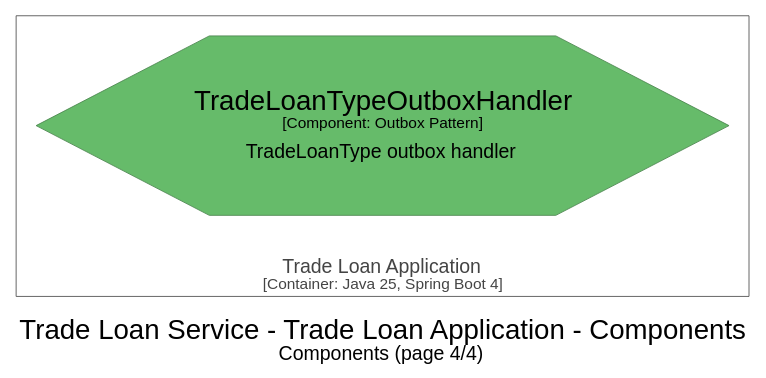
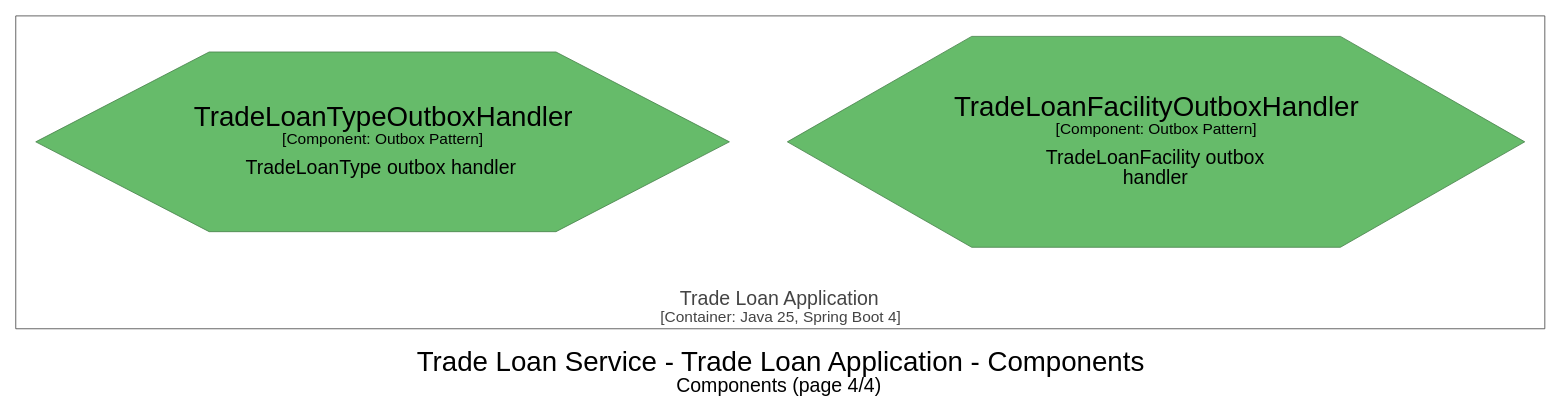
One commit to ghazalehjozani/nova changed the diagram in documents/c4/dot/Components_4.dot. Above: the diagram before and after it, drawn with Graphviz. The commit also changed 59 other files, not shown here.

```diff
--- a/documents/c4/dot/Components_4.dot
+++ b/documents/c4/dot/Components_4.dot
@@ -1,19 +1,20 @@
 digraph {
   compound=true
   graph [fontname="Arial", rankdir=TB, ranksep=1.0, nodesep=1.0]
   node [fontname="Arial", shape=box, margin="0.4,0.3"]
   edge [fontname="Arial"]
   label=<<br /><font point-size="34">Trade Loan Service - Trade Loan Application - Components</font><br /><font point-size="24">Components (page 4/4)</font>>
 
   subgraph cluster_11 {
     margin=25
     label=<<font point-size="24"><br />Trade Loan Application</font><br /><font point-size="19">[Container: Java 25, Spring Boot 4]</font>>
     labelloc=b
     color="#444444"
     fontcolor="#444444"
     fillcolor="#444444"
 
-    140 [id=140,shape=hexagon, label=<<font point-size="34">TradeLoanTypeOutboxHandler</font><br /><font point-size="19">[Component: Outbox Pattern]</font><br /><br /><font point-size="24">TradeLoanType outbox handler</font>>, style=filled, color="#47824a", fillcolor="#66bb6a", fontcolor="#000000"]
+    140 [id=140,shape=hexagon, label=<<font point-size="34">TradeLoanFacilityOutboxHandler</font><br /><font point-size="19">[Component: Outbox Pattern]</font><br /><br /><font point-size="24">TradeLoanFacility outbox<br />handler</font>>, style=filled, color="#47824a", fillcolor="#66bb6a", fontcolor="#000000"]
+    141 [id=141,shape=hexagon, label=<<font point-size="34">TradeLoanTypeOutboxHandler</font><br /><font point-size="19">[Component: Outbox Pattern]</font><br /><br /><font point-size="24">TradeLoanType outbox handler</font>>, style=filled, color="#47824a", fillcolor="#66bb6a", fontcolor="#000000"]
   }
 
 }
```
